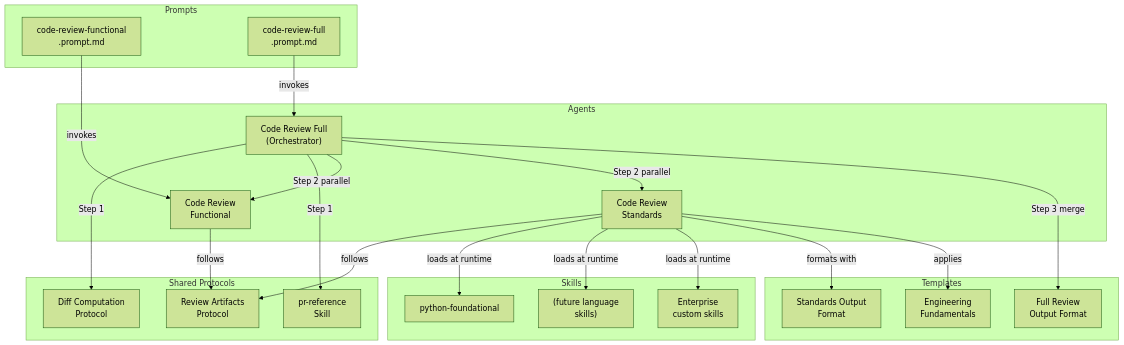
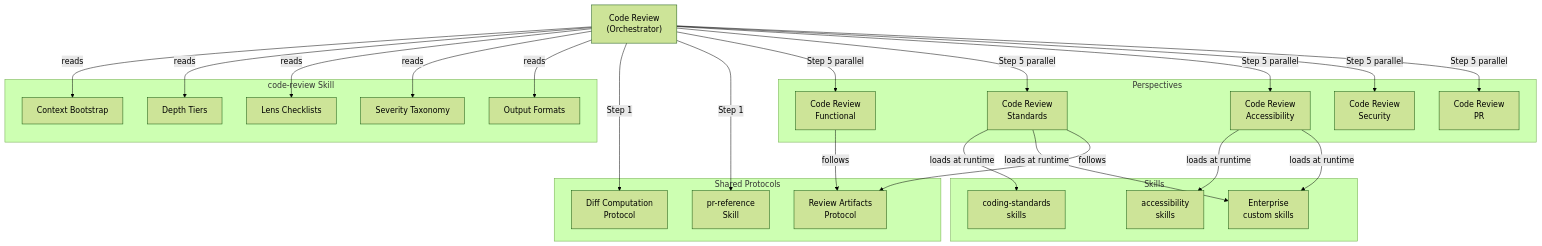
One commit to microsoft/hve-core changed the first of 2 diagrams in docs/agents/code-review/README.md. Above: the diagram before and after it, drawn with Mermaid (forest theme). The commit also changed other lines of this file and 87 other files, not shown here.

First line of the commit message:
feat(agents): consolidate code-review agents into single human-gated orchestrator

````diff
--- a/docs/agents/code-review/README.md
+++ b/docs/agents/code-review/README.md
@@ -41,43 +44,41 @@
 ```mermaid
 flowchart TD
-  subgraph Prompts
-    P1["code-review-functional<br/>.prompt.md"]
-    P2["code-review-full<br/>.prompt.md"]
-  end
+  ORCH["Code Review<br/>(Orchestrator)"]
 
-  subgraph Agents
+  subgraph Perspectives
     AF["Code Review<br/>Functional"]
     AS["Code Review<br/>Standards"]
-    AO["Code Review Full<br/>(Orchestrator)"]
+    AA["Code Review<br/>Accessibility"]
+    ASEC["Code Review<br/>Security"]
+    APR["Code Review<br/>PR"]
   end
 
   subgraph "Shared Protocols"
     D["Diff Computation<br/>Protocol"]
     R["Review Artifacts<br/>Protocol"]
     PR["pr-reference<br/>Skill"]
   end
 
+  subgraph "code-review Skill"
+    K1["Context Bootstrap"]
+    K2["Depth Tiers"]
+    K3["Lens Checklists"]
+    K4["Severity Taxonomy"]
+    K5["Output Formats"]
+  end
+
   subgraph Skills
-    S1["python-foundational"]
-    S2["(future language<br/>skills)"]
+    S1["coding-standards<br/>skills"]
+    S2["accessibility<br/>skills"]
     S3["Enterprise<br/>custom skills"]
   end
 
-  subgraph Templates
-    T1["Standards Output<br/>Format"]
-    T2["Full Review<br/>Output Format"]
-    T3["Engineering<br/>Fundamentals"]
-  end
-
-  P1 -->|"invokes"| AF
-  P2 -->|"invokes"| AO
-  AO -->|"Step 1"| D
-  AO -->|"Step 1"| PR
-  AO -->|"Step 2 parallel"| AF & AS
+  ORCH -->|"reads"| K1 & K2 & K3 & K4 & K5
+  ORCH -->|"Step 1"| D
+  ORCH -->|"Step 1"| PR
+  ORCH -->|"Step 5 parallel"| AF & AS & AA & ASEC & APR
+  AS -->|"loads at runtime"| S1 & S3
+  AA -->|"loads at runtime"| S2 & S3
   AF -->|"follows"| R
   AS -->|"follows"| R
-  AS -->|"loads at runtime"| S1 & S2 & S3
-  AS -->|"formats with"| T1
-  AS -->|"applies"| T3
-  AO -->|"Step 3 merge"| T2
 ```
````
